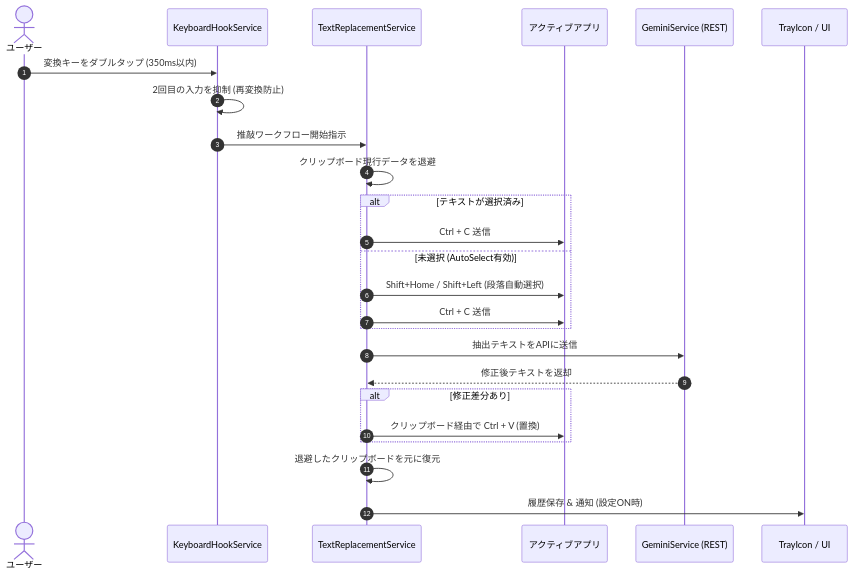
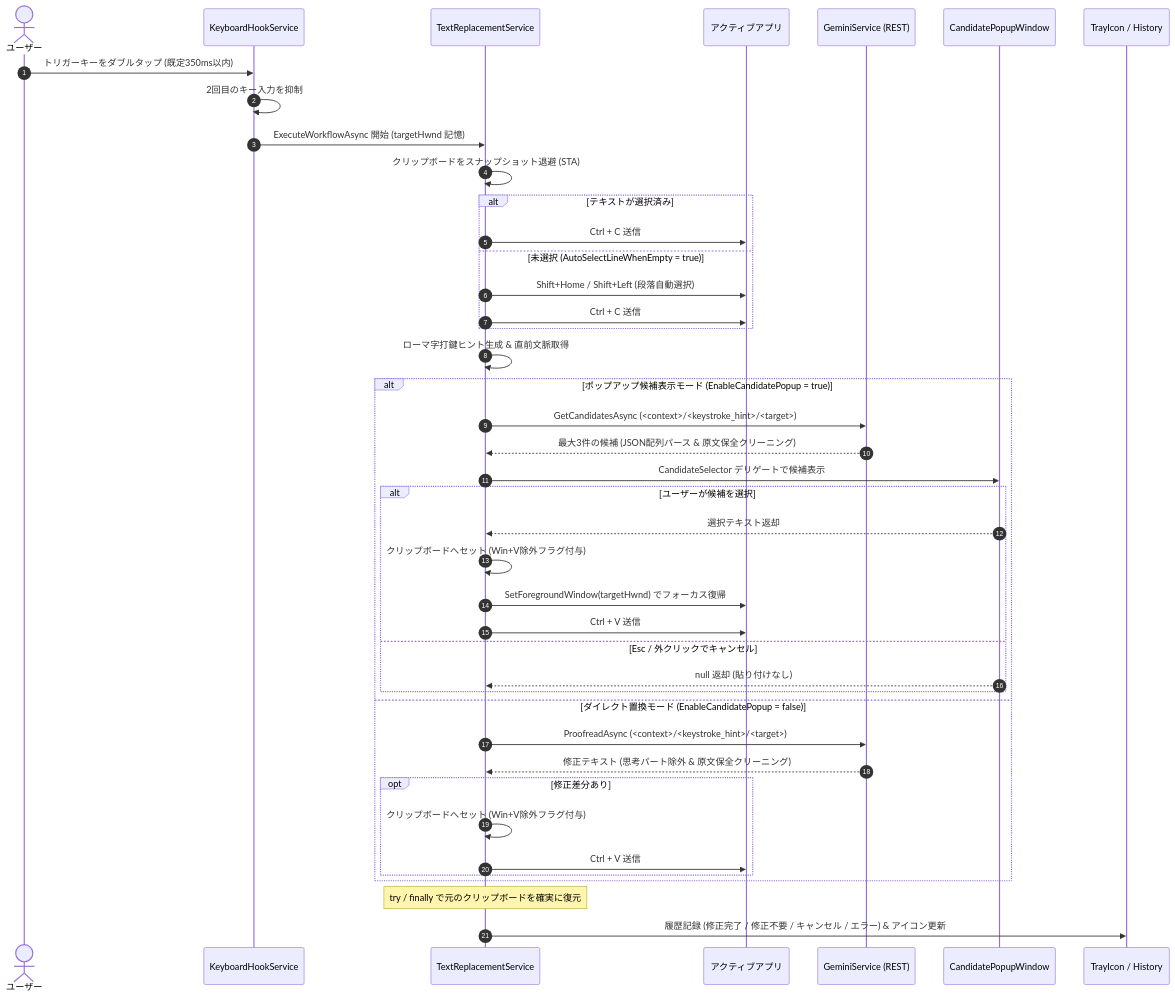
The diagram in README.md (KunyScorpion/IMESupport), drawn with Mermaid before and after one commit. The commit also changed other lines of this file and 5 other files, not shown here.

````diff
--- a/README.md
+++ b/README.md
@@ -75,28 +97,45 @@
 ```mermaid
 sequenceDiagram
     autonumber
     actor User as ユーザー
     participant Hook as KeyboardHookService
     participant Replace as TextReplacementService
     participant TargetApp as アクティブアプリ
     participant Gemini as GeminiService (REST)
-    participant Tray as TrayIcon / UI
+    participant Popup as CandidatePopupWindow
+    participant Tray as TrayIcon / History
 
-    User->>Hook: 変換キーをダブルタップ (350ms以内)
-    Hook->>Hook: 2回目の入力を抑制 (再変換防止)
-    Hook->>Replace: 推敲ワークフロー開始指示
-    Replace->>Replace: クリップボード現行データを退避
+    User->>Hook: トリガーキーをダブルタップ (既定350ms以内)
+    Hook->>Hook: 2回目のキー入力を抑制
+    Hook->>Replace: ExecuteWorkflowAsync 開始 (targetHwnd 記憶)
+    Replace->>Replace: クリップボードをスナップショット退避 (STA)
     alt テキストが選択済み
         Replace->>TargetApp: Ctrl + C 送信
-    else 未選択 (AutoSelect有効)
+    else 未選択 (AutoSelectLineWhenEmpty = true)
         Replace->>TargetApp: Shift+Home / Shift+Left (段落自動選択)
         Replace->>TargetApp: Ctrl + C 送信
     end
-    Replace->>Gemini: 抽出テキストをAPIに送信
-    Gemini-->>Replace: 修正後テキストを返却
-    alt 修正差分あり
-        Replace->>TargetApp: クリップボード経由で Ctrl + V (置換)
+    Replace->>Replace: ローマ字打鍵ヒント生成 & 直前文脈取得
+    alt ポップアップ候補表示モード (EnableCandidatePopup = true)
+        Replace->>Gemini: GetCandidatesAsync (<context>/<keystroke_hint>/<target>)
+        Gemini-->>Replace: 最大3件の候補 (JSON配列パース & 原文保全クリーニング)
+        Replace->>Popup: CandidateSelector デリゲートで候補表示
+        alt ユーザーが候補を選択
+            Popup-->>Replace: 選択テキスト返却
+            Replace->>Replace: クリップボードへセット (Win+V除外フラグ付与)
+            Replace->>TargetApp: SetForegroundWindow(targetHwnd) でフォーカス復帰
+            Replace->>TargetApp: Ctrl + V 送信
+        else Esc / 外クリックでキャンセル
+            Popup-->>Replace: null 返却 (貼り付けなし)
+        end
+    else ダイレクト置換モード (EnableCandidatePopup = false)
+        Replace->>Gemini: ProofreadAsync (<context>/<keystroke_hint>/<target>)
+        Gemini-->>Replace: 修正テキスト (思考パート除外 & 原文保全クリーニング)
+        opt 修正差分あり
+            Replace->>Replace: クリップボードへセット (Win+V除外フラグ付与)
+            Replace->>TargetApp: Ctrl + V 送信
+        end
     end
-    Replace->>Replace: 退避したクリップボードを元に復元
-    Replace->>Tray: 履歴保存 & 通知 (設定ON時)
+    Note over Replace: try / finally で元のクリップボードを確実に復元
+    Replace->>Tray: 履歴記録 (修正完了 / 修正不要 / キャンセル / エラー) & アイコン更新
 ```
````
